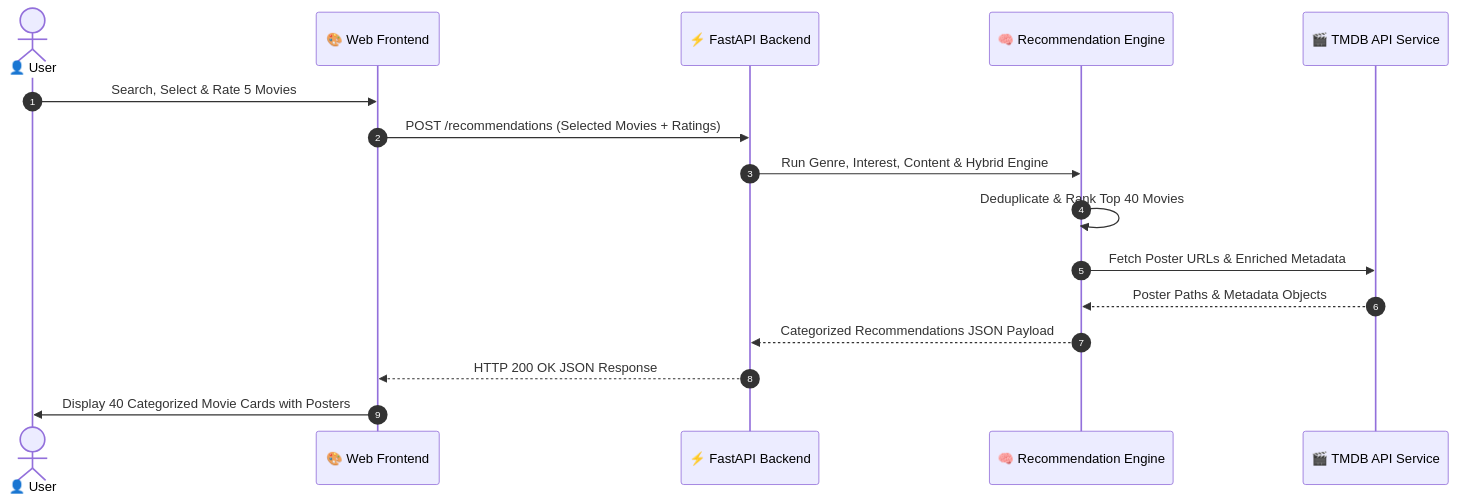
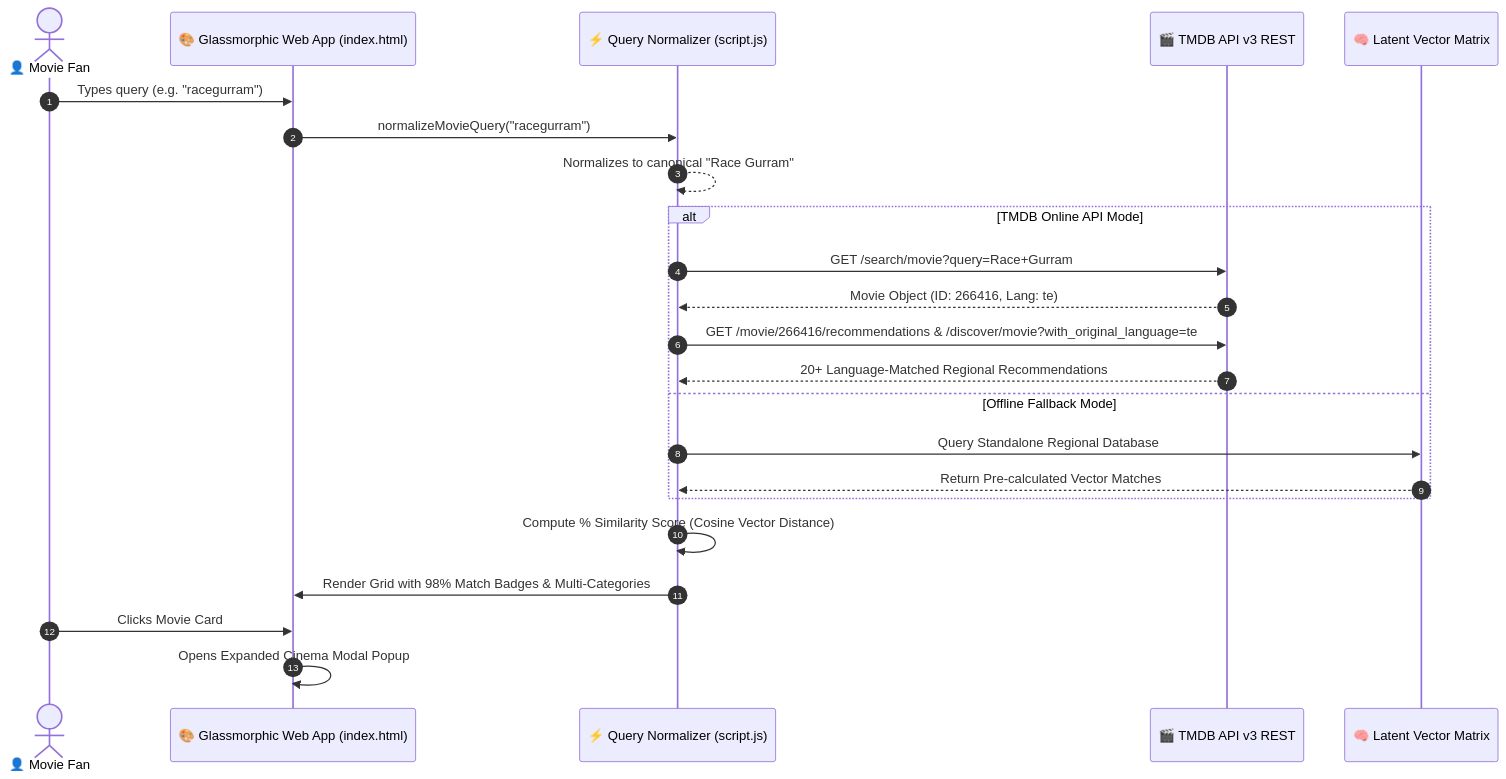
Before and after one commit to Nersu-Abhinav/CineMatch-AI: the diagram in README.md, drawn with Mermaid. The commit also changed other lines of this file, not shown here.

Commit message:
Add world-class comprehensive README.md with live badges, regional showcase, ML matrix architecture & Mermaid diagrams

````diff
--- a/README.md
+++ b/README.md
@@ -194,19 +166,28 @@
 ```mermaid
 sequenceDiagram
     autonumber
-    actor User as 👤 User
-    participant Frontend as 🎨 Web Frontend
-    participant API as ⚡ FastAPI Backend
-    participant Engine as 🧠 Recommendation Engine
-    participant TMDB as 🎬 TMDB API Service
+    actor User as 👤 Movie Fan
+    participant UI as 🎨 Glassmorphic Web App (index.html)
+    participant Engine as ⚡ Query Normalizer (script.js)
+    participant TMDB as 🎬 TMDB API v3 REST
+    participant ML as 🧠 Latent Vector Matrix
 
-    User->>Frontend: Search, Select & Rate 5 Movies
-    Frontend->>API: POST /recommendations (Selected Movies + Ratings)
-    API->>Engine: Run Genre, Interest, Content & Hybrid Engine
-    Engine->>Engine: Deduplicate & Rank Top 40 Movies
-    Engine->>TMDB: Fetch Poster URLs & Enriched Metadata
-    TMDB-->>Engine: Poster Paths & Metadata Objects
-    Engine-->>API: Categorized Recommendations JSON Payload
-    API-->>Frontend: HTTP 200 OK JSON Response
-    Frontend->>User: Display 40 Categorized Movie Cards with Posters
+    User->>UI: Types query (e.g. "racegurram")
+    UI->>Engine: normalizeMovieQuery("racegurram")
+    Engine-->>Engine: Normalizes to canonical "Race Gurram"
+    
+    alt TMDB Online API Mode
+        Engine->>TMDB: GET /search/movie?query=Race+Gurram
+        TMDB-->>Engine: Movie Object (ID: 266416, Lang: te)
+        Engine->>TMDB: GET /movie/266416/recommendations & /discover/movie?with_original_language=te
+        TMDB-->>Engine: 20+ Language-Matched Regional Recommendations
+    else Offline Fallback Mode
+        Engine->>ML: Query Standalone Regional Database
+        ML-->>Engine: Return Pre-calculated Vector Matches
+    end
+
+    Engine->>Engine: Compute % Similarity Score (Cosine Vector Distance)
+    Engine->>UI: Render Grid with 98% Match Badges & Multi-Categories
+    User->>UI: Clicks Movie Card
+    UI->>UI: Opens Expanded Cinema Modal Popup
 ```
````
